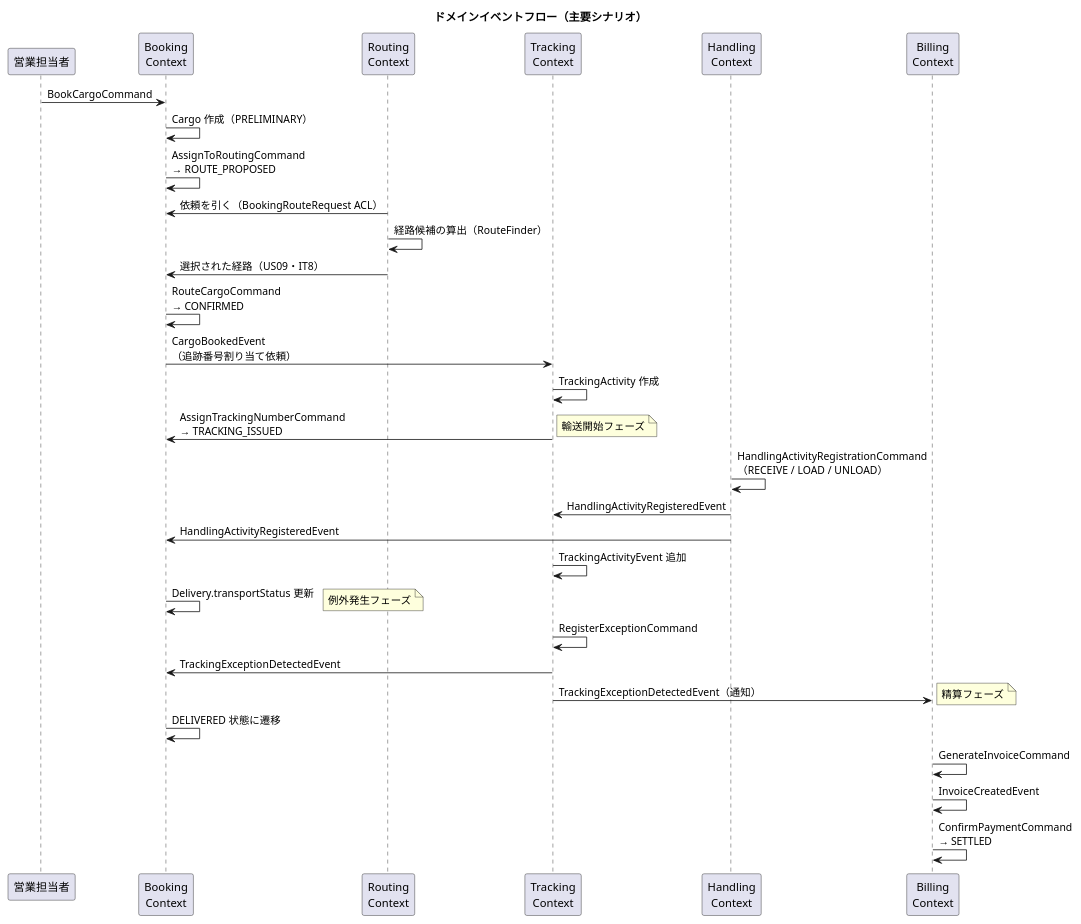
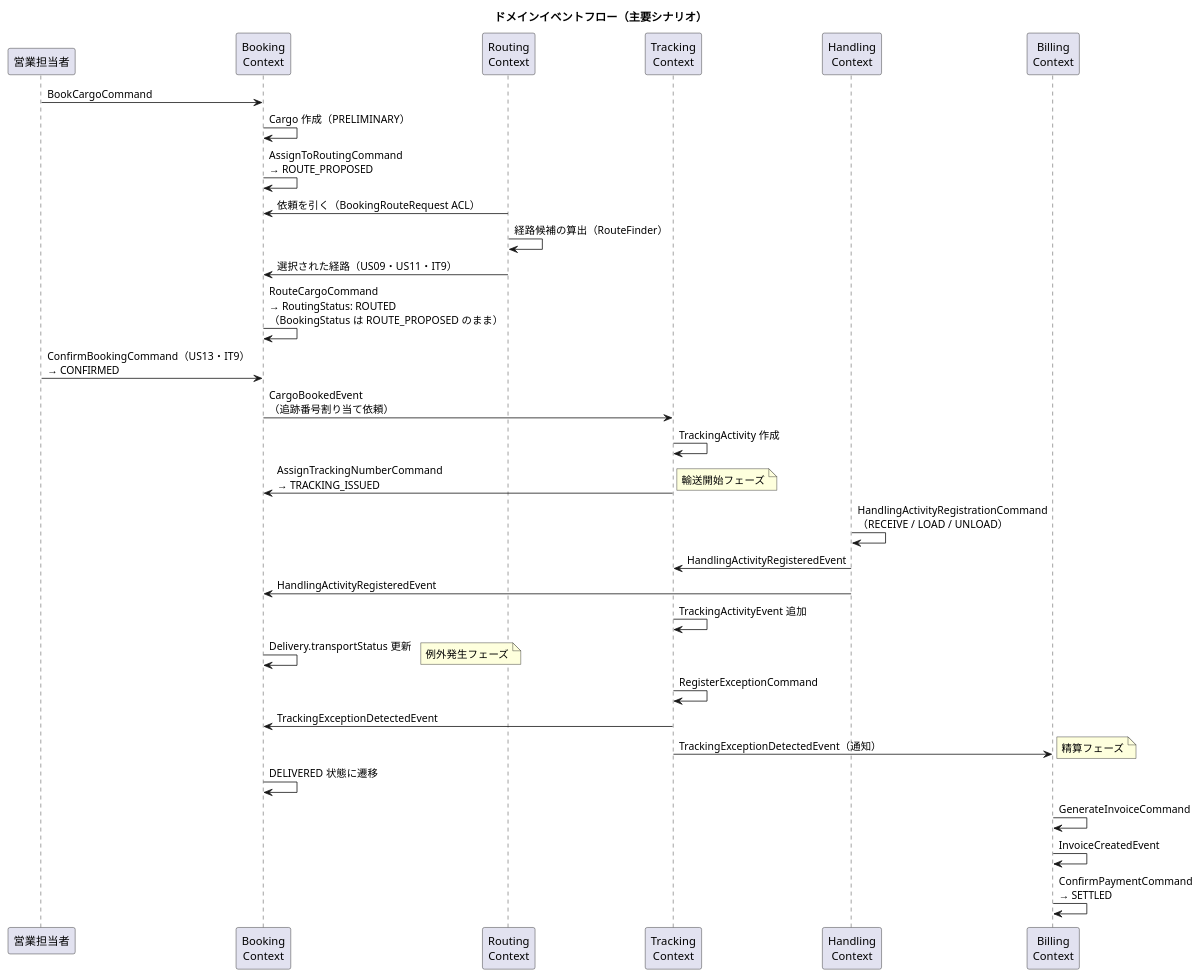
One commit to k2works/case-study-cargo-tracker changed diagram 11 of 11 in docs/design/domain-model.md. Above: the diagram before and after it, drawn with PlantUML. The commit also changed other lines of this file and 5 other files, not shown here.

````diff
--- a/docs/design/domain-model.md
+++ b/docs/design/domain-model.md
@@ -1217,45 +1221,46 @@
 ```plantuml
 @startuml
 title ドメインイベントフロー（主要シナリオ）
 
 participant "営業担当者" as sales
 participant "Booking\nContext" as booking
 participant "Routing\nContext" as routing
 participant "Tracking\nContext" as tracking
 participant "Handling\nContext" as handling
 participant "Billing\nContext" as billing
 
 sales -> booking : BookCargoCommand
 booking -> booking : Cargo 作成（PRELIMINARY）
 booking -> booking : AssignToRoutingCommand\n→ ROUTE_PROPOSED
 routing -> booking : 依頼を引く（BookingRouteRequest ACL）
 routing -> routing : 経路候補の算出（RouteFinder）
-routing -> booking : 選択された経路（US09・IT8）
-booking -> booking : RouteCargoCommand\n→ CONFIRMED
+routing -> booking : 選択された経路（US09・US11・IT9）
+booking -> booking : RouteCargoCommand\n→ RoutingStatus: ROUTED\n（BookingStatus は ROUTE_PROPOSED のまま）
+sales -> booking : ConfirmBookingCommand（US13・IT9）\n→ CONFIRMED
 booking -> tracking : CargoBookedEvent\n（追跡番号割り当て依頼）
 tracking -> tracking : TrackingActivity 作成
 tracking -> booking : AssignTrackingNumberCommand\n→ TRACKING_ISSUED
 
 note right : 輸送開始フェーズ
 
 handling -> handling : HandlingActivityRegistrationCommand\n（RECEIVE / LOAD / UNLOAD）
 handling -> tracking : HandlingActivityRegisteredEvent
 handling -> booking : HandlingActivityRegisteredEvent
 tracking -> tracking : TrackingActivityEvent 追加
 booking -> booking : Delivery.transportStatus 更新
 
 note right : 例外発生フェーズ
 
 tracking -> tracking : RegisterExceptionCommand
 tracking -> booking : TrackingExceptionDetectedEvent
 tracking -> billing : TrackingExceptionDetectedEvent（通知）
 
 note right : 精算フェーズ
 
 booking -> booking : DELIVERED 状態に遷移
 billing -> billing : GenerateInvoiceCommand
 billing -> billing : InvoiceCreatedEvent
 billing -> billing : ConfirmPaymentCommand\n→ SETTLED
 
 @enduml
 ```
````
